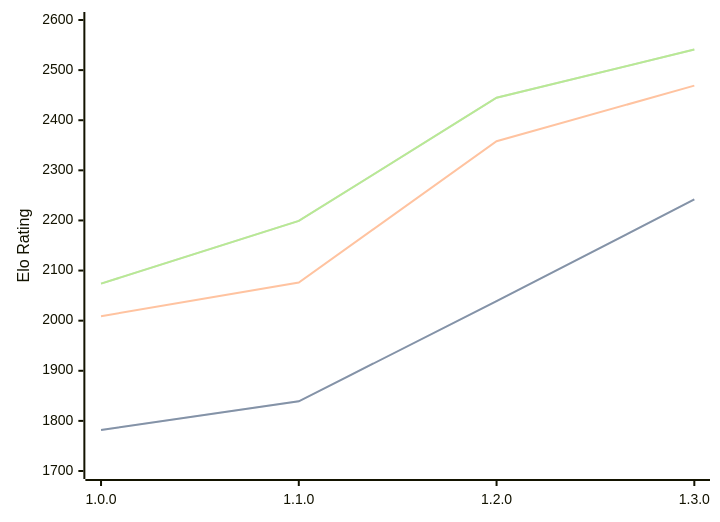
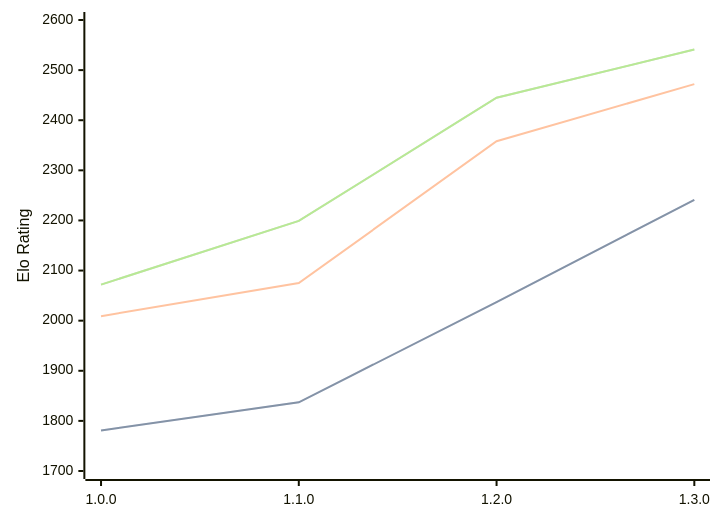
The diagram in engines/Anodos.md (computer-chess-index/cci), drawn with Mermaid before and after one commit. The commit also changed other lines of this file, not shown here.

Commit message:
Update CCI Ratings (ELO VLTC) - 2026-03-05

````diff
--- a/engines/Anodos.md
+++ b/engines/Anodos.md
@@ -43,11 +43,11 @@
 ```mermaid
 %%{init: {"theme":"base","themeVariables":{"seriesColors:['#a3a3a3','#222221','#faa371']}}}%%
 xychart-beta
   x-axis ["1.0.0", "1.1.0", "1.2.0", "1.3.0"]
   y-axis "Elo Rating" 1700 --> 2600
-  line "STC (8.0+0.08s)" [1782, 1839, 2039, 2242]
-  line "STC (8.0+0.08s)" [1782, 1839, 2039, 2242]
-  line "LTC (60.0+0.60s)" [2009, 2076, 2358, 2469]
-  line "VLTC (2m24s+1.12s)" [2074, 2199, 2445, 2541]
-  line "VLTC (2m24s+1.12s)" [2074, 2199, 2445, 2541]
+  line "STC (8.0+0.08s)" [1781, 1837, 2037, 2241]
+  line "STC (8.0+0.08s)" [1781, 1837, 2037, 2241]
+  line "LTC (60.0+0.60s)" [2009, 2075, 2358, 2472]
+  line "VLTC (2m24s+1.12s)" [2072, 2199, 2445, 2541]
+  line "VLTC (2m24s+1.12s)" [2072, 2199, 2445, 2541]
 ```
````
